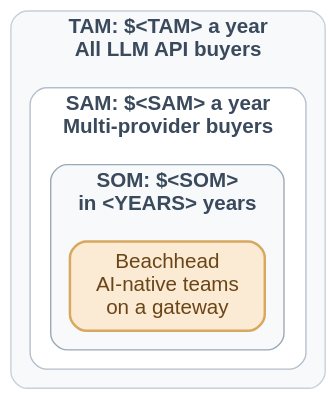
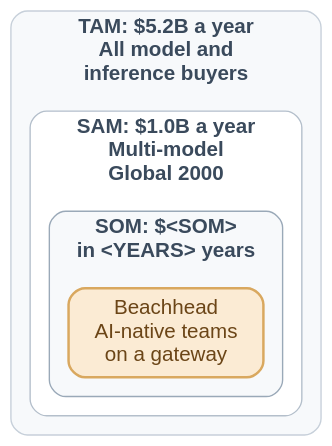
The second of 3 diagrams in papers/Noesis/business/vc_pitch.slides.md (gpsaggese/gpsaggese.github.io), drawn with Graphviz before and after one commit. The commit also changed other lines of this file and 2 other files, not shown here.

````diff
--- a/papers/Noesis/business/vc_pitch.slides.md
+++ b/papers/Noesis/business/vc_pitch.slides.md
@@ -204,41 +186,41 @@
 ```graphviz[width=100%]
 digraph MarketSize {
   bgcolor="transparent";
   pad="0.05";
 
   node [shape=box,
         style="rounded,filled",
         penwidth=1.8,
         fontname="Helvetica",
         fontsize=15,
         margin="0.16,0.10"];
 
   subgraph cluster_tam {
-    label     = "TAM: $<TAM> a year\nAll LLM API buyers";
+    label     = "TAM: $5.2B a year\nAll model and\ninference buyers";
     labelloc  = "t";
     fontname  = "Helvetica-Bold";
     fontsize  = 15;
     fontcolor = "#3A4A5C";
     style     = "rounded,filled";
     fillcolor = "#F7F9FB";
     color     = "#C7D0DA";
     penwidth  = 1.0;
     margin    = 14;
 
     subgraph cluster_sam {
-      label     = "SAM: $<SAM> a year\nMulti-provider buyers";
+      label     = "SAM: $1.0B a year\nMulti-model\nGlobal 2000";
       fillcolor = "#FFFFFF";
       color     = "#B4BFCB";
 
       subgraph cluster_som {
         label     = "SOM: $<SOM>\nin <YEARS> years";
         fillcolor = "#F7F9FB";
         color     = "#9AA9B8";
 
         Beachhead [label="Beachhead\nAI-native teams\non a gateway",
                    fillcolor="#FBEBD4", color="#D9A85F", fontcolor="#6B4517"];
       }
     }
   }
 }
 ```
````
